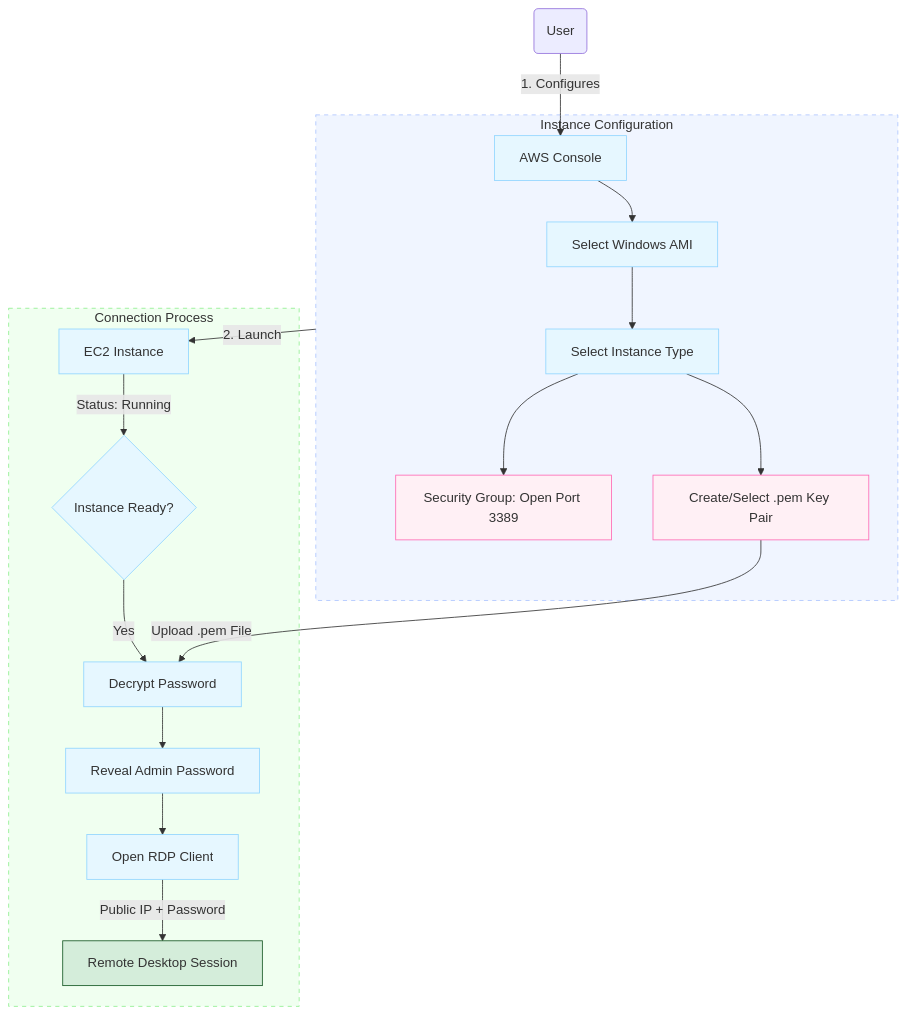
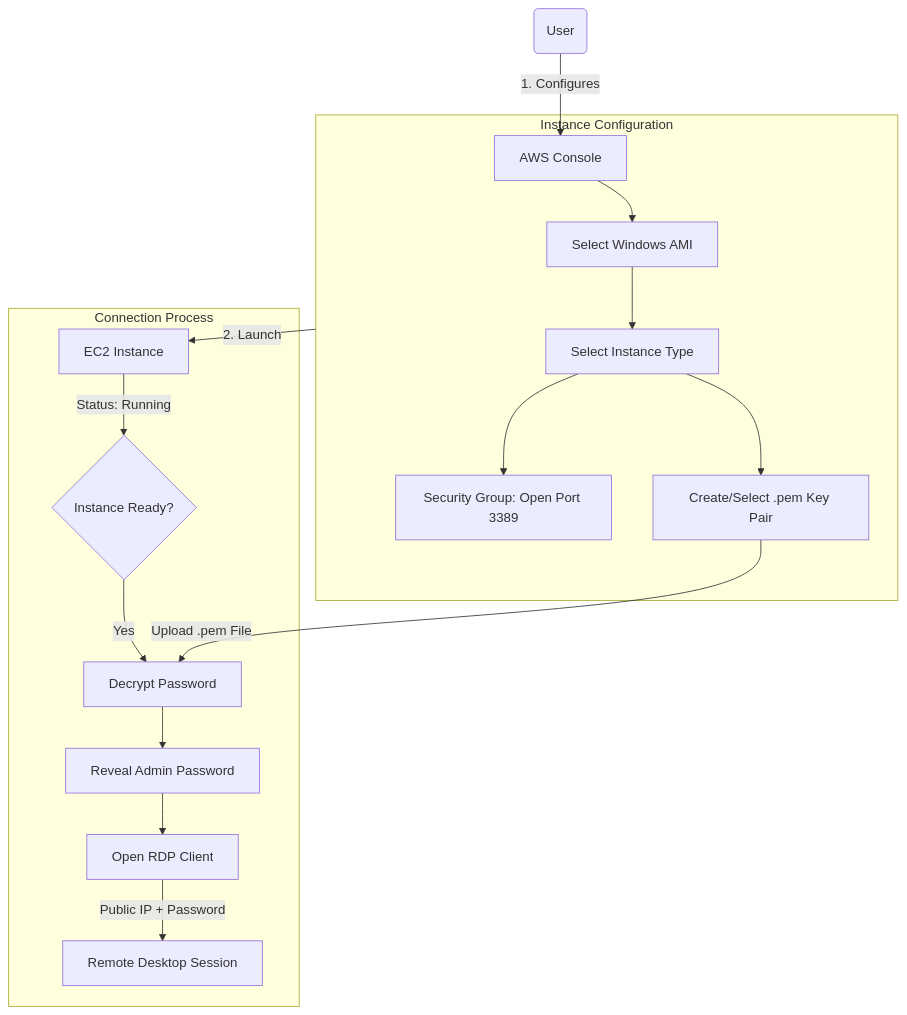
The first of 2 diagrams in docs/dev-cloud/cclab/lab_5.md (sujith-eag/sujith-library), drawn with Mermaid before and after one commit. The commit also changed other lines of this file and 41 other files, not shown here.

First line of the commit message:
Refactor diagrams and remove redundant styles in documentation

````diff
--- a/docs/dev-cloud/cclab/lab_5.md
+++ b/docs/dev-cloud/cclab/lab_5.md
@@ -11,35 +11,23 @@
 ```mermaid
 flowchart TD
     User(User) -->|1. Configures| Console[AWS Console]
     
     subgraph Setup [" Instance Configuration "]
         Console --> AMI[Select Windows AMI]
         AMI --> Type[Select Instance Type]
         Type --> Network[Security Group: Open Port 3389]
         Type --> Key[Create/Select .pem Key Pair]
     end
 
     Setup -->|2. Launch| Instance[EC2 Instance]
     
     subgraph Access [" Connection Process "]
         Instance -->|Status: Running| Ready{Instance Ready?}
         Ready -- Yes --> Decrypt[Decrypt Password]
         Key -->|Upload .pem File| Decrypt
         Decrypt --> Creds[Reveal Admin Password]
         
         Creds --> RDP[Open RDP Client]
         RDP -->|Public IP + Password| Remote[Remote Desktop Session]
     end
-
-    classDef process fill:#e6f7ff,stroke:#91d5ff
-    classDef decision fill:#fffbe6,stroke:#ffe58f
-    classDef success fill:#d4edda,stroke:#155724
-    classDef highlight fill:#fff0f5,stroke:#ff69b4
-
-    class Console,AMI,Type,Instance,Ready,Decrypt,Creds,RDP process
-    class Key,Network highlight
-    class Remote success
-
-    style Setup fill:#f0f5ff,stroke:#adc6ff,stroke-dasharray: 5 5
-    style Access fill:#f0fff0,stroke:#90ee90,stroke-dasharray: 5 5
 ```
````
